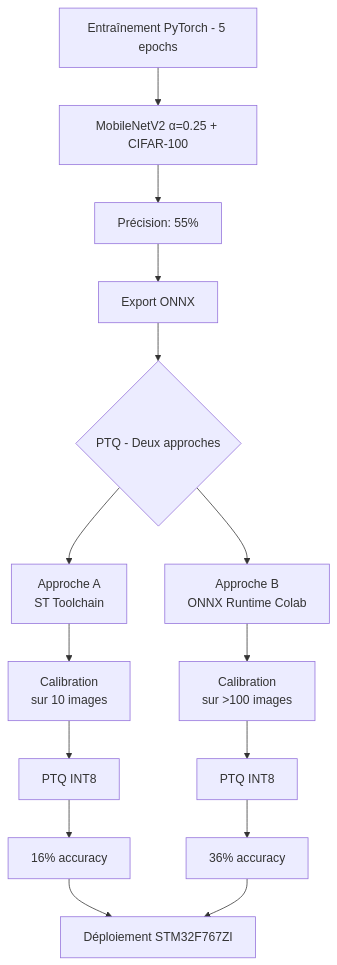
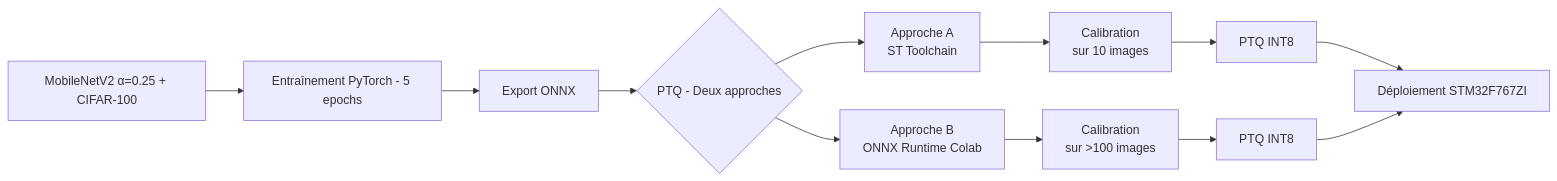
Before and after one commit to JuanMiFr/STM32_Model_Zoo_DataClassification_Project: the first of 2 diagrams in README.md, drawn with Mermaid.

````diff
--- a/README.md
+++ b/README.md
@@ -2,22 +2,18 @@
 ```mermaid
-graph TD
-    A[Entraînement PyTorch - 5 epochs] --> B[MobileNetV2 α=0.25 + CIFAR-100]
-    B --> C[Précision: 55%]
-    C --> D[Export ONNX]
+flowchart LR
+    A[MobileNetV2 α=0.25 + CIFAR-100] --> B[Entraînement PyTorch - 5 epochs]
+    B --> D[Export ONNX]
     D --> E{PTQ - Deux approches}
     
     E --> F[Approche A<br>ST Toolchain]
     E --> G[Approche B<br>ONNX Runtime Colab]
     
     F --> H[Calibration<br>sur 10 images]
     G --> I[Calibration<br>sur >100 images]
     
     H --> J[PTQ INT8]
     I --> K[PTQ INT8]
     
-    J --> L[16% accuracy]
-    K --> M[36% accuracy]
-    
-    L --> N[Déploiement STM32F767ZI]
-    M --> N
+    J --> N[Déploiement STM32F767ZI]
+    K --> N
 ```
````
